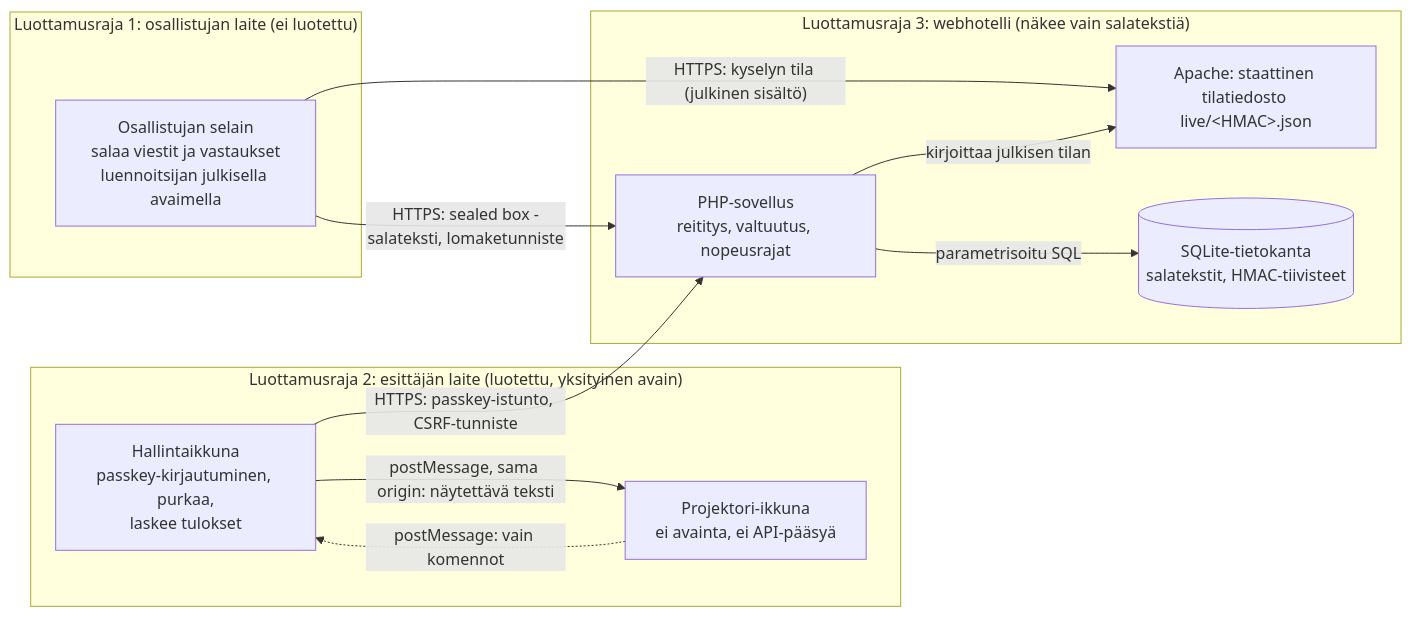
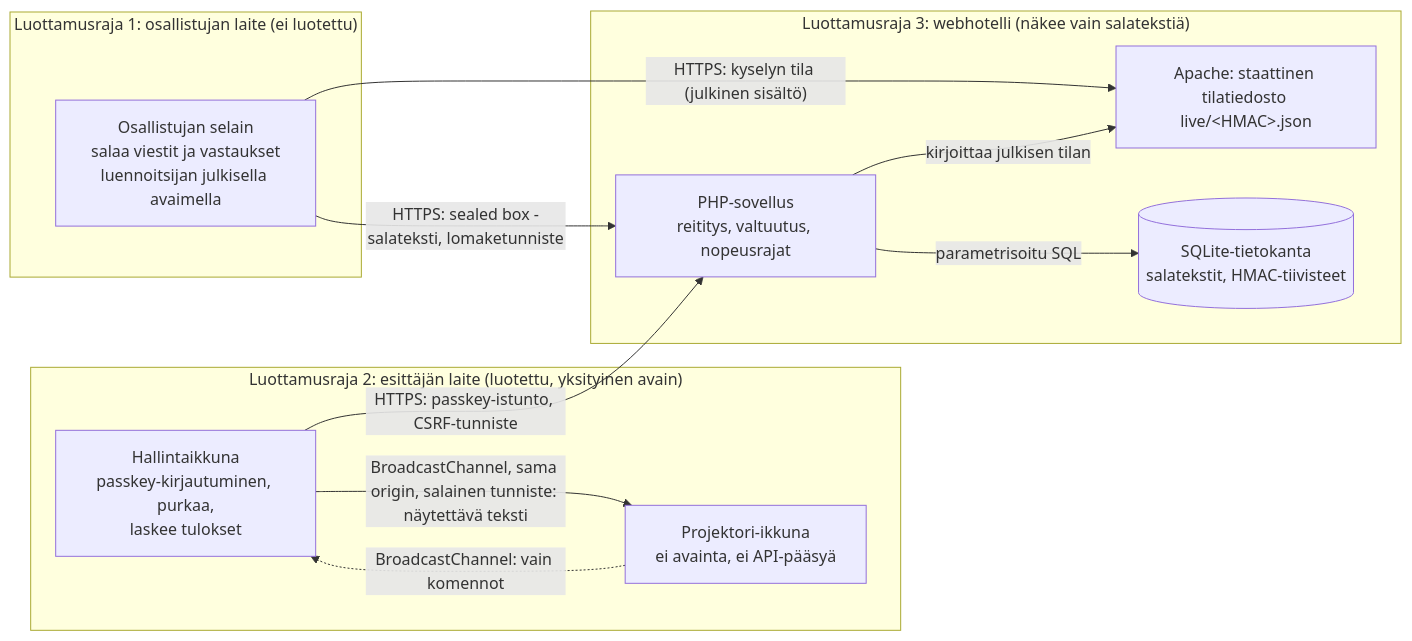
One commit to hessuj/hessutalks changed the diagram in docs/uhkamalli.md. Above: the diagram before and after it, drawn with Mermaid. The commit also changed other lines of this file and 32 other files, not shown here.

````diff
--- a/docs/uhkamalli.md
+++ b/docs/uhkamalli.md
@@ -11,22 +11,22 @@
 ```mermaid
 flowchart LR
   subgraph TB1["Luottamusraja 1: osallistujan laite (ei luotettu)"]
     P["Osallistujan selain<br/>salaa viestit ja vastaukset<br/>luennoitsijan julkisella avaimella"]
   end
   subgraph TB2["Luottamusraja 2: esittäjän laite (luotettu, yksityinen avain)"]
     A["Hallintaikkuna<br/>passkey-kirjautuminen, purkaa,<br/>laskee tulokset"]
     S["Projektori-ikkuna<br/>ei avainta, ei API-pääsyä"]
   end
   subgraph TB3["Luottamusraja 3: webhotelli (näkee vain salatekstiä)"]
     W["Apache: staattinen tilatiedosto live/&lt;HMAC&gt;.json"]
     PHP["PHP-sovellus<br/>reititys, valtuutus, nopeusrajat"]
     DB[("SQLite-tietokanta<br/>salatekstit, HMAC-tiivisteet")]
   end
   P -- "HTTPS: sealed box -salateksti, lomaketunniste" --> PHP
   P -- "HTTPS: kyselyn tila (julkinen sisältö)" --> W
   A -- "HTTPS: passkey-istunto, CSRF-tunniste" --> PHP
-  A -- "postMessage, sama origin: näytettävä teksti" --> S
-  S -. "postMessage: vain komennot" .-> A
+  A -- "BroadcastChannel, sama origin, salainen tunniste: näytettävä teksti" --> S
+  S -. "BroadcastChannel: vain komennot" .-> A
   PHP -- "parametrisoitu SQL" --> DB
   PHP -- "kirjoittaa julkisen tilan" --> W
 ```
````
